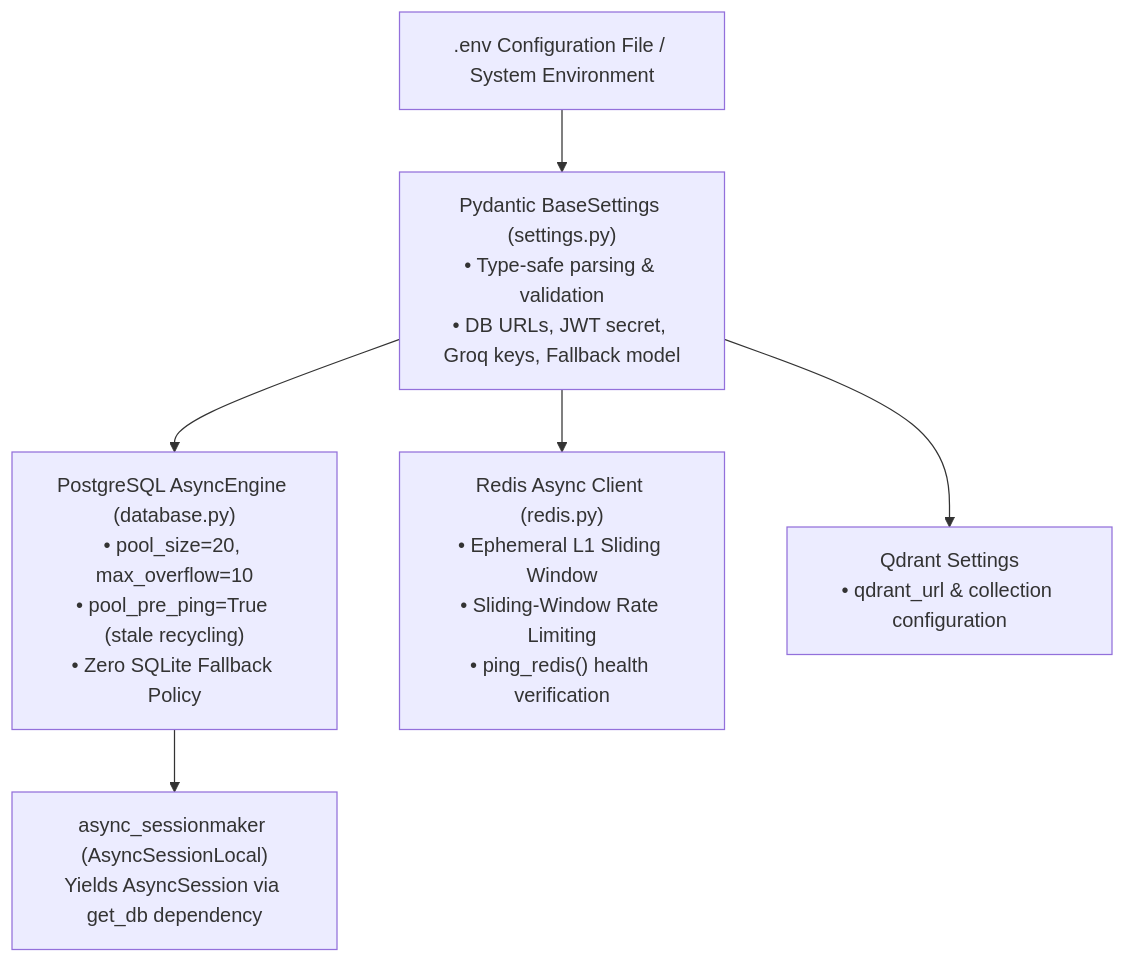
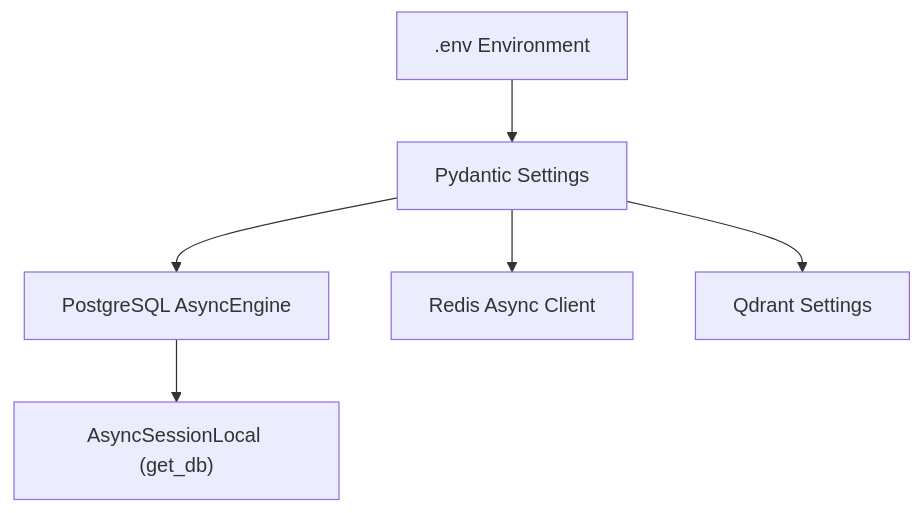
The diagram in Intelligent_Student_Support_Agent/app/config/README.md (nakul-cloud/Intelligent_Student_Support_Agent), drawn with Mermaid before and after one commit. The commit also changed 28 other files, not shown here.

````diff
--- a/Intelligent_Student_Support_Agent/app/config/README.md
+++ b/Intelligent_Student_Support_Agent/app/config/README.md
@@ -9,10 +9,10 @@
 ```mermaid
 flowchart TD
-    Env[".env Configuration File / System Environment"] --> Settings["Pydantic BaseSettings (settings.py)<br/>• Type-safe parsing & validation<br/>• DB URLs, JWT secret, Groq keys, Fallback model"]
+    Env[".env Environment"] --> Settings["Pydantic Settings"]
 
-    Settings --> DB["PostgreSQL AsyncEngine (database.py)<br/>• pool_size=20, max_overflow=10<br/>• pool_pre_ping=True (stale recycling)<br/>• Zero SQLite Fallback Policy"]
-    Settings --> Redis["Redis Async Client (redis.py)<br/>• Ephemeral L1 Sliding Window<br/>• Sliding-Window Rate Limiting<br/>• ping_redis() health verification"]
-    Settings --> QdrantConfig["Qdrant Settings<br/>• qdrant_url & collection configuration"]
+    Settings --> DB["PostgreSQL AsyncEngine"]
+    Settings --> Redis["Redis Async Client"]
+    Settings --> Qdrant["Qdrant Settings"]
 
-    DB --> SessionFactory["async_sessionmaker (AsyncSessionLocal)<br/>Yields AsyncSession via get_db dependency"]
+    DB --> SessionFactory["AsyncSessionLocal (get_db)"]
 ```
````
